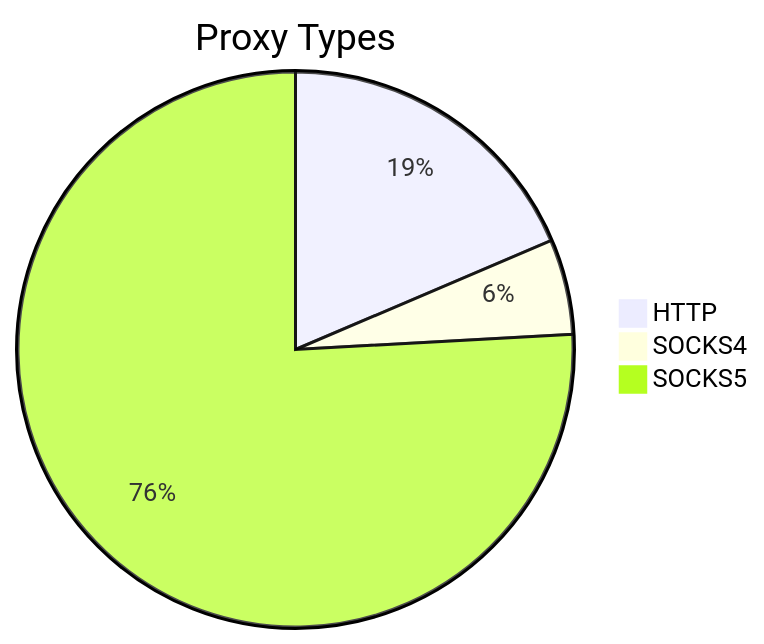
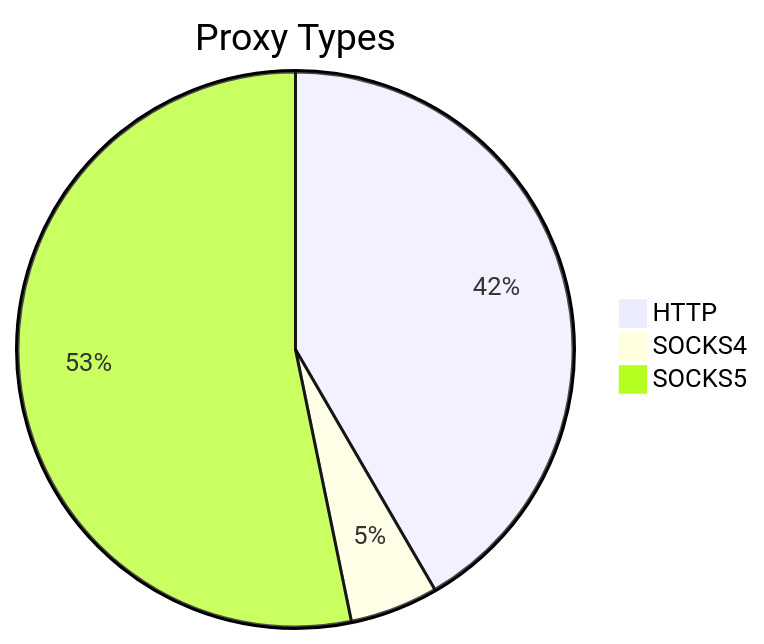
One commit to stormsia/proxy-list changed the first of 2 diagrams in README.md. Above: the diagram before and after it, drawn with Mermaid. The commit also changed other lines of this file, not shown here.

````diff
--- a/README.md
+++ b/README.md
@@ -21,6 +21,6 @@
 ```mermaid
 pie title Proxy Types
-    "HTTP" : 302
-    "SOCKS4" : 90
-    "SOCKS5" : 1233
+    "HTTP" : 1206
+    "SOCKS4" : 149
+    "SOCKS5" : 1542
 ```
````
